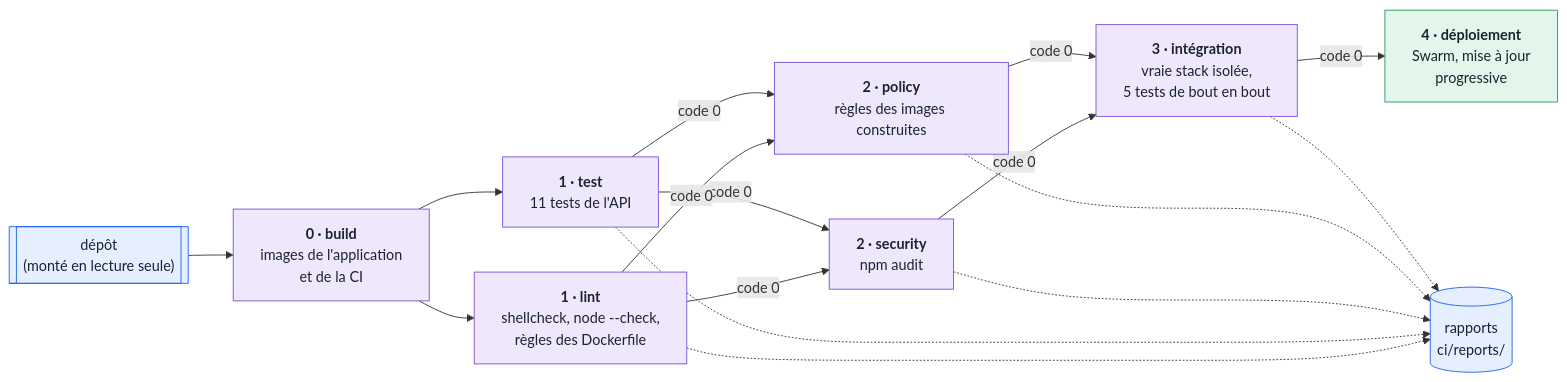
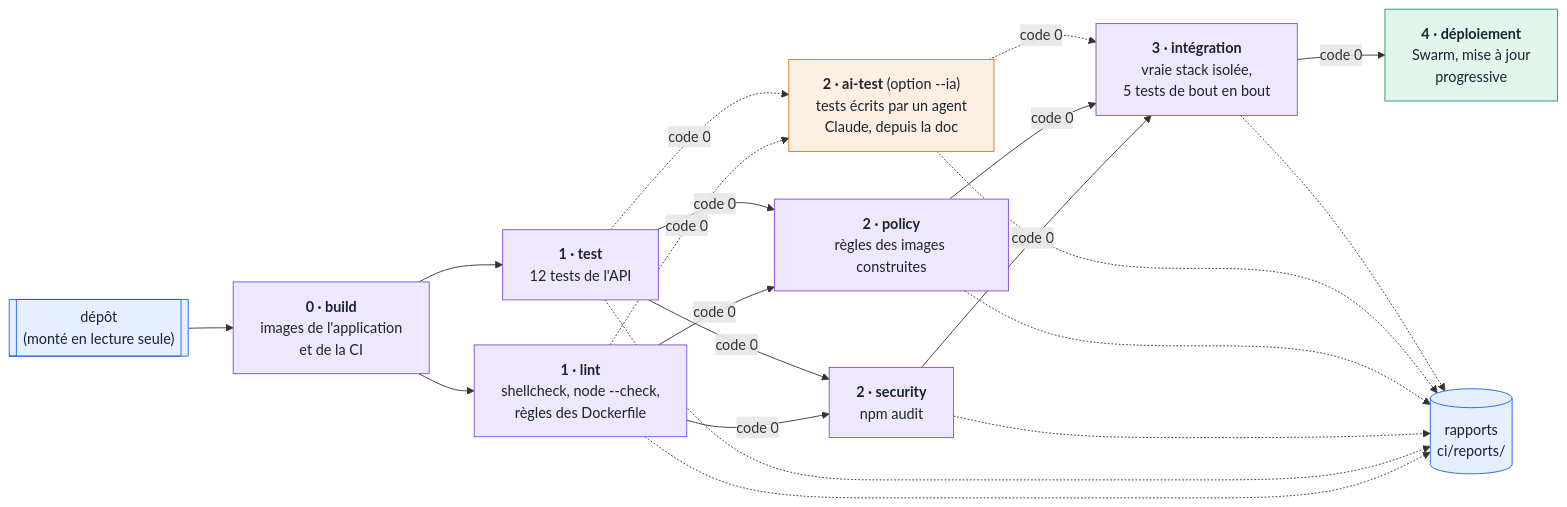
Before and after one commit to AbadieThomasPro/M2_TP_Docker: the diagram in docs/ci-cd.md, drawn with Mermaid. The commit also changed other lines of this file and 5 other files, not shown here.

````diff
--- a/docs/ci-cd.md
+++ b/docs/ci-cd.md
@@ -14,35 +27,42 @@
 ```mermaid
 flowchart LR
   code[["dépôt<br/>(monté en lecture seule)"]]
   build["<b>0 · build</b><br/>images de l'application<br/>et de la CI"]
   lint["<b>1 · lint</b><br/>shellcheck, node --check,<br/>règles des Dockerfile"]
-  test["<b>1 · test</b><br/>11 tests de l'API"]
+  test["<b>1 · test</b><br/>12 tests de l'API"]
   sec["<b>2 · security</b><br/>npm audit"]
   pol["<b>2 · policy</b><br/>règles des images construites"]
+  ai["<b>2 · ai-test</b> (option --ia)<br/>tests écrits par un agent<br/>Claude, depuis la doc"]
   it["<b>3 · intégration</b><br/>vraie stack isolée,<br/>5 tests de bout en bout"]
   dep["<b>4 · déploiement</b><br/>Swarm, mise à jour<br/>progressive"]
   rep[("rapports<br/>ci/reports/")]
 
   code --> build
   build --> lint
   build --> test
   lint -- "code 0" --> sec
   test -- "code 0" --> sec
   lint -- "code 0" --> pol
   test -- "code 0" --> pol
   sec -- "code 0" --> it
   pol -- "code 0" --> it
+  lint -. "code 0" .-> ai
+  test -. "code 0" .-> ai
+  ai -. "code 0" .-> it
   it -- "code 0" --> dep
   lint -.-> rep
   test -.-> rep
   sec -.-> rep
   pol -.-> rep
+  ai -.-> rep
   it -.-> rep
 
   classDef ci fill:#efe8fd,stroke:#7a4fd6,color:#1b2330
+  classDef ia fill:#fdf0e2,stroke:#d9771a,color:#1b2330
   classDef cd fill:#e3f6ec,stroke:#1f9d63,color:#1b2330
   classDef src fill:#e6efff,stroke:#1d63ed,color:#1b2330
   class build,lint,test,sec,pol,it ci
+  class ai ia
   class dep cd
   class code,rep src
 ```
````
